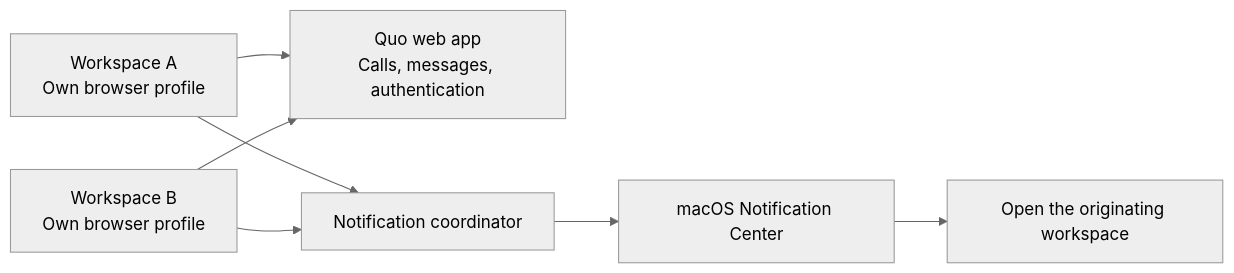
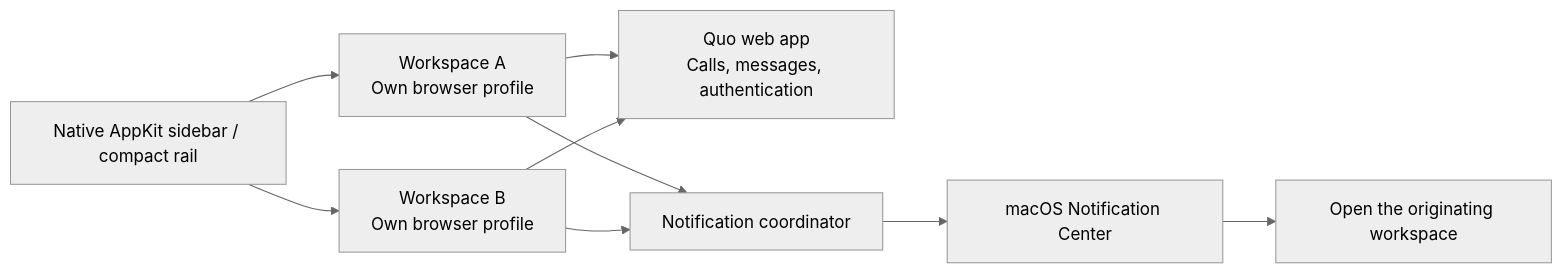
The diagram in README.md (ozeitis/quo-switchboard), drawn with Mermaid (neutral theme) before and after one commit. The commit also changed other lines of this file and 22 other files, not shown here.

Commit message:
Add native workspace controls, compact rail, and recovery diagnostics

````diff
--- a/README.md
+++ b/README.md
@@ -28,9 +29,11 @@
 ```mermaid
 flowchart LR
   A[Workspace A\nOwn browser profile] --> Q[Quo web app\nCalls, messages, authentication]
   B[Workspace B\nOwn browser profile] --> Q
   A --> N[Notification coordinator]
   B --> N
   N --> M[macOS Notification Center]
   M --> R[Open the originating workspace]
+  S[Native AppKit sidebar / compact rail] --> A
+  S --> B
 ```
````
